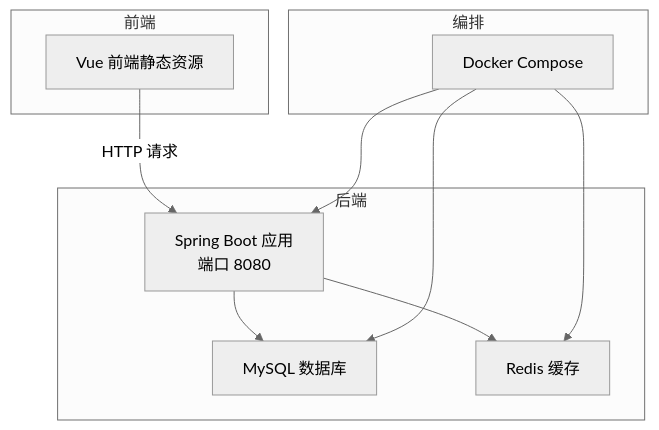
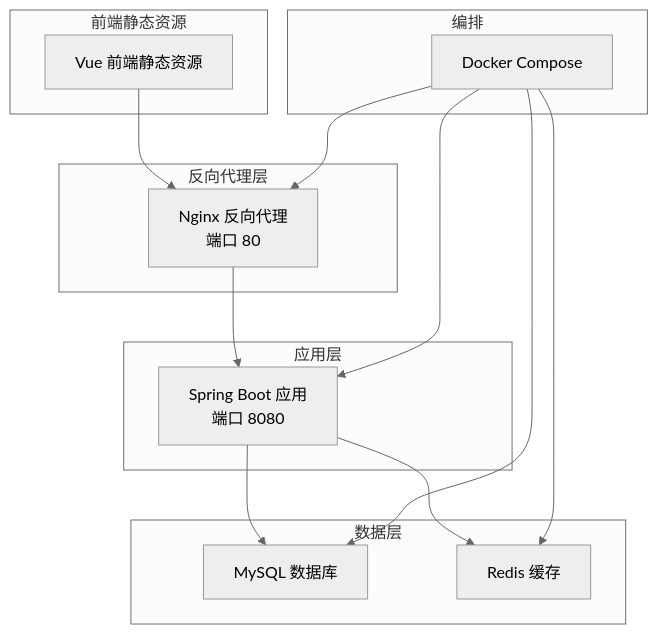
Before and after one commit to junjiechen66/newWorld: the first of 9 diagrams in .qoder/repowiki/zh/content/系统架构/部署架构.md, drawn with Mermaid (neutral theme). The commit also changed other lines of this file and 5 other files, not shown here.

````diff
--- a/.qoder/repowiki/zh/content/系统架构/部署架构.md
+++ b/.qoder/repowiki/zh/content/系统架构/部署架构.md
@@ -34,20 +49,27 @@
 ```mermaid
 graph TB
-subgraph "后端"
+subgraph "反向代理层"
+NGINX["Nginx 反向代理<br/>端口 80"]
+end
+subgraph "应用层"
 APP["Spring Boot 应用<br/>端口 8080"]
+end
+subgraph "数据层"
 DB["MySQL 数据库"]
 CACHE["Redis 缓存"]
 end
-subgraph "前端"
-FE["Vue 前端静态资源"]
+subgraph "前端静态资源"
+FRONTEND["Vue 前端静态资源"]
 end
 subgraph "编排"
 DC["Docker Compose"]
 end
-FE --> |"HTTP 请求"| APP
+FRONTEND --> NGINX
+NGINX --> APP
 APP --> DB
 APP --> CACHE
+DC --> NGINX
 DC --> APP
 DC --> DB
 DC --> CACHE
 ```
````
